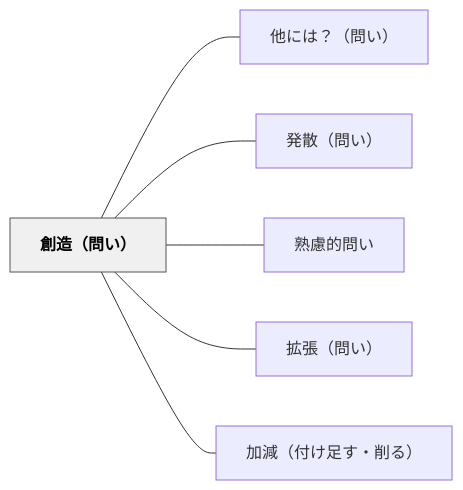
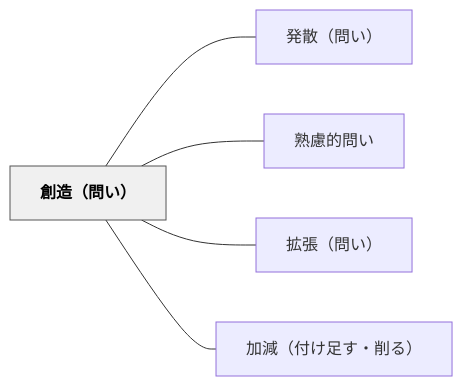
One commit to unknownthings-ed-patterns/unknownthings-ed-patterns changed the diagram in content/パタン/創造（問い）.md. Above: the diagram before and after it, drawn with Mermaid. The commit also changed other lines of this file and 37 other files, not shown here.

````diff
--- a/content/パタン/創造（問い）.md
+++ b/content/パタン/創造（問い）.md
@@ -42,18 +41,16 @@
 ```mermaid
 flowchart LR
     ne589b5e980a0efbc88e5958fe38184efbc89["創造（問い）"]
-    ne4bb96e381abe381afefbc9fefbc88e5958fe38184efbc89["他には？（問い）"]
     ne799bae695a3efbc88e5958fe38184efbc89["発散（問い）"]
     ne7869fe685aee79a84e5958fe38184["熟慮的問い"]
     ne68ba1e5bcb5efbc88e5958fe38184efbc89["拡張（問い）"]
     ne58aa0e6b89befbc88e4bb98e38191e8b6b3e38199e383bbe5898ae3828befbc89["加減（付け足す・削る）"]
 
-    ne589b5e980a0efbc88e5958fe38184efbc89 --- ne4bb96e381abe381afefbc9fefbc88e5958fe38184efbc89
     ne589b5e980a0efbc88e5958fe38184efbc89 --- ne799bae695a3efbc88e5958fe38184efbc89
     ne589b5e980a0efbc88e5958fe38184efbc89 --- ne7869fe685aee79a84e5958fe38184
     ne589b5e980a0efbc88e5958fe38184efbc89 --- ne68ba1e5bcb5efbc88e5958fe38184efbc89
     ne589b5e980a0efbc88e5958fe38184efbc89 --- ne58aa0e6b89befbc88e4bb98e38191e8b6b3e38199e383bbe5898ae3828befbc89
 
     classDef hub fill:#f0f0f0,stroke:#555,color:#000,font-weight:bold
     class ne589b5e980a0efbc88e5958fe38184efbc89 hub
 ```
````
